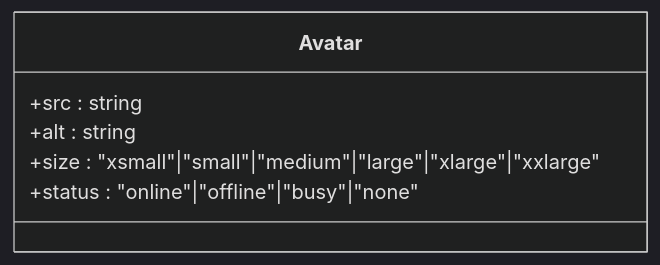
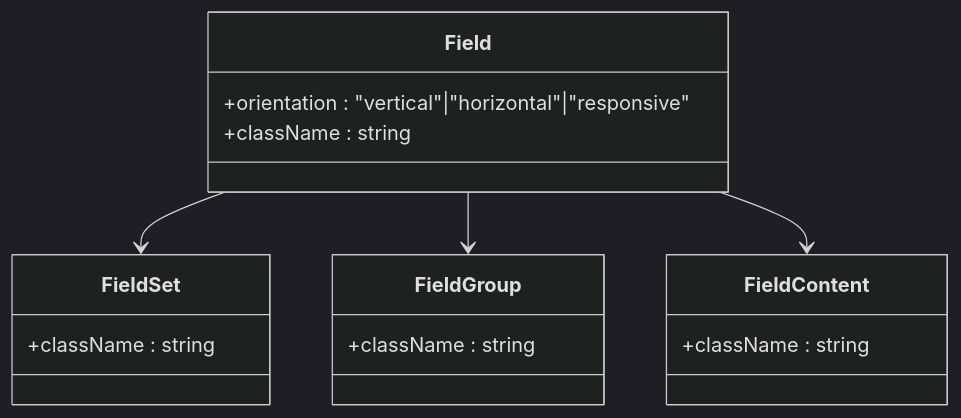
Before and after one commit to HAOFUYANG/nextjs-admin: the third of 8 diagrams in .qoder/repowiki/zh/content/UI 组件库/UI 组件库.md, drawn with Mermaid (dark theme). The commit also changed other lines of this file and 4 other files, not shown here.

````diff
--- a/.qoder/repowiki/zh/content/UI 组件库/UI 组件库.md
+++ b/.qoder/repowiki/zh/content/UI 组件库/UI 组件库.md
@@ -247,9 +190,19 @@
 ```mermaid
 classDiagram
-class Avatar {
-+src : string
-+alt : string
-+size : "xsmall"|"small"|"medium"|"large"|"xlarge"|"xxlarge"
-+status : "online"|"offline"|"busy"|"none"
+class Field {
++orientation : "vertical"|"horizontal"|"responsive"
++className : string
 }
+class FieldSet {
++className : string
+}
+class FieldGroup {
++className : string
+}
+class FieldContent {
++className : string
+}
+Field --> FieldSet
+Field --> FieldGroup
+Field --> FieldContent
 ```
````
